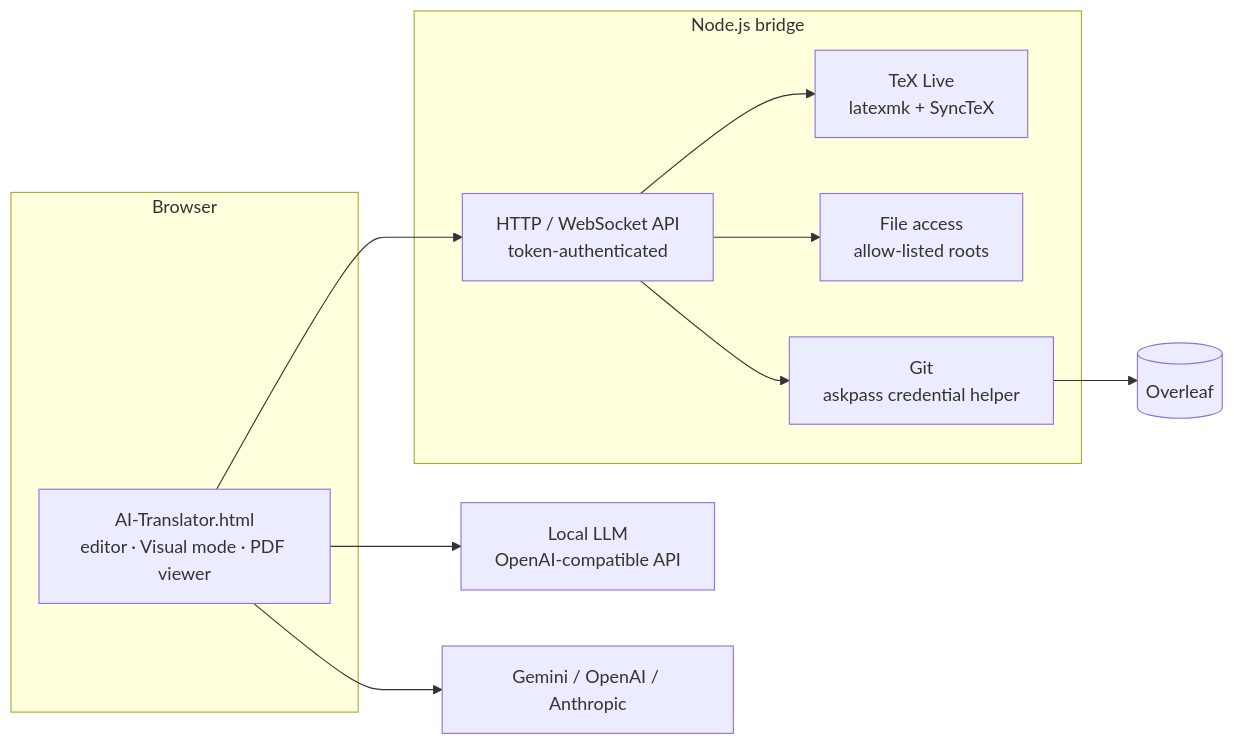
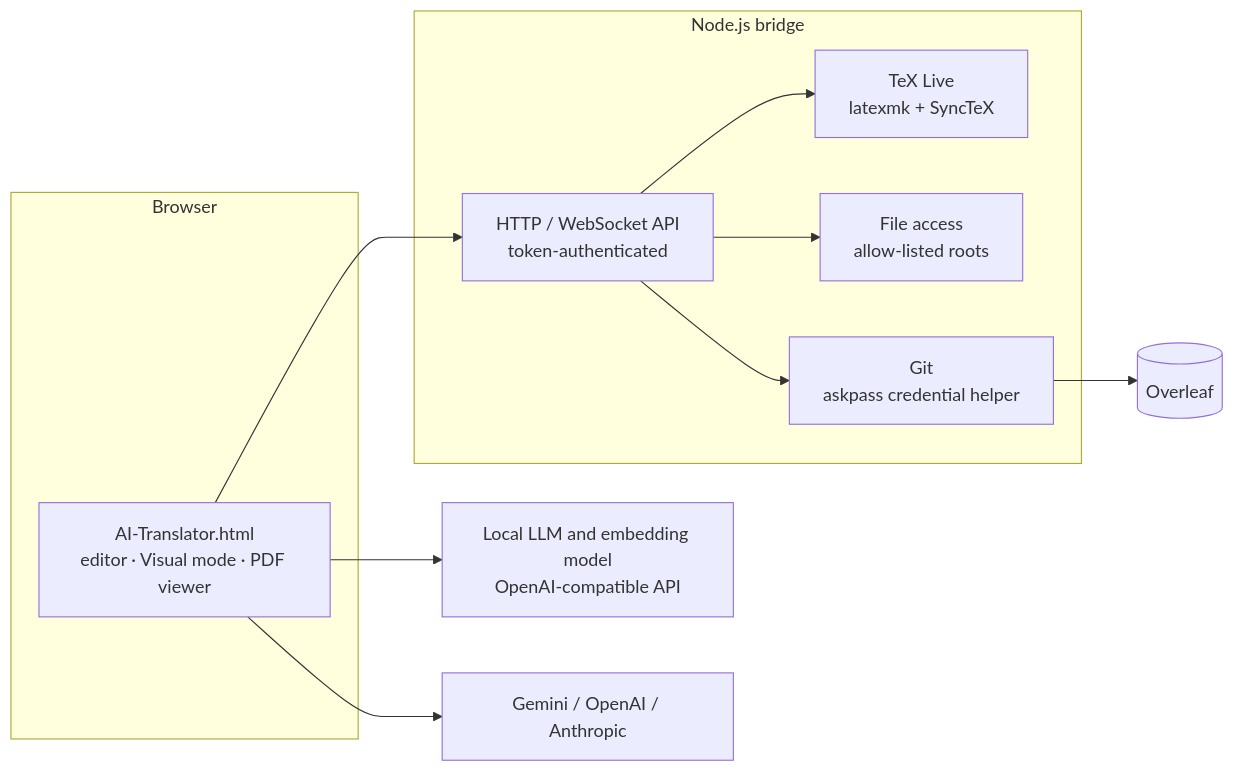
Before and after one commit to Umass308XiaofanLiu/overleaf-ai-translator: the diagram in README.md, drawn with Mermaid. The commit also changed other lines of this file and 2 other files, not shown here.

````diff
--- a/README.md
+++ b/README.md
@@ -113,19 +120,19 @@
 ```mermaid
 flowchart LR
     subgraph Browser
         A["AI-Translator.html<br/>editor · Visual mode · PDF viewer"]
     end
     subgraph Bridge["Node.js bridge"]
         B["HTTP / WebSocket API<br/>token-authenticated"]
         C["TeX Live<br/>latexmk + SyncTeX"]
         D["File access<br/>allow-listed roots"]
         E["Git<br/>askpass credential helper"]
     end
     A --> B
     B --> C
     B --> D
     B --> E
     E --> O[("Overleaf")]
-    A --> L["Local LLM<br/>OpenAI-compatible API"]
+    A --> L["Local LLM and embedding model<br/>OpenAI-compatible API"]
     A --> H["Gemini / OpenAI / Anthropic"]
 ```
````
